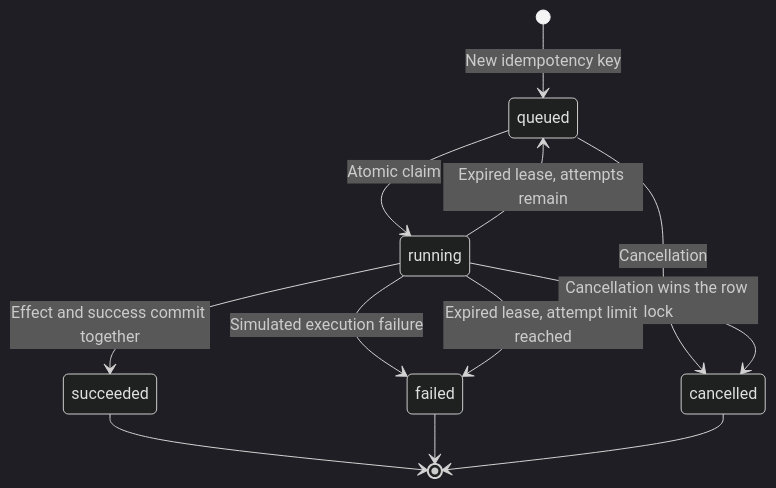
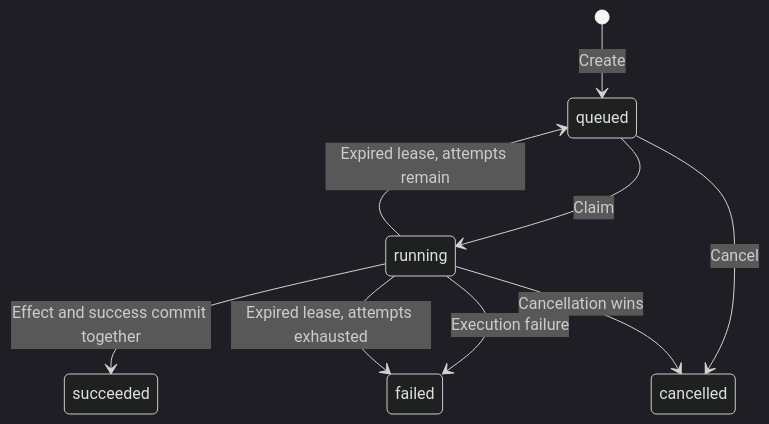
One commit to amh1k/soup-job-queue changed the second of 3 diagrams in README.md. Above: the diagram before and after it, drawn with Mermaid (dark theme). The commit also changed other lines of this file and 41 other files, not shown here.

````diff
--- a/README.md
+++ b/README.md
@@ -78,14 +52,11 @@
 ```mermaid
 stateDiagram-v2
-    [*] --> queued: New idempotency key
-    queued --> running: Atomic claim
-    queued --> cancelled: Cancellation
+    [*] --> queued: Create
+    queued --> running: Claim
+    queued --> cancelled: Cancel
     running --> succeeded: Effect and success commit together
-    running --> failed: Simulated execution failure
-    running --> cancelled: Cancellation wins the row lock
+    running --> failed: Execution failure
+    running --> cancelled: Cancellation wins
     running --> queued: Expired lease, attempts remain
-    running --> failed: Expired lease, attempt limit reached
-    succeeded --> [*]
-    failed --> [*]
-    cancelled --> [*]
+    running --> failed: Expired lease, attempts exhausted
 ```
````
